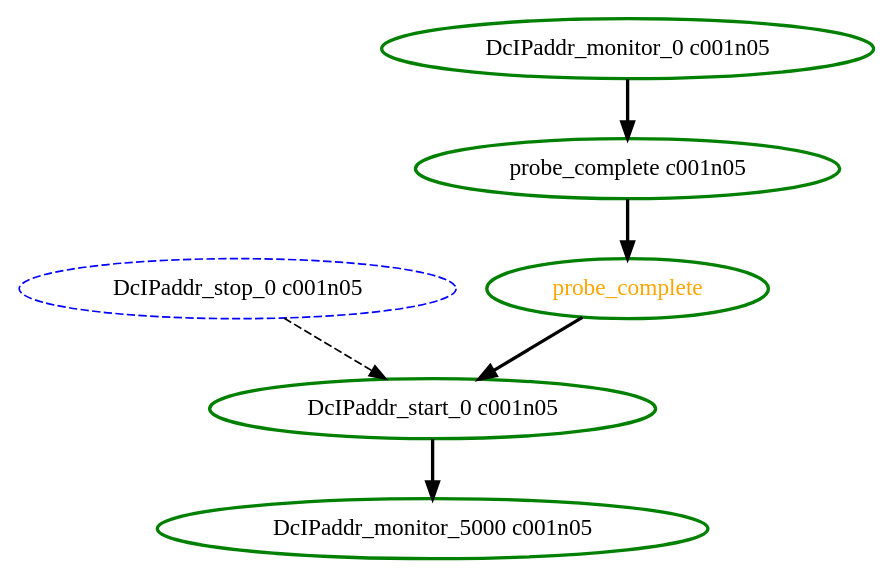
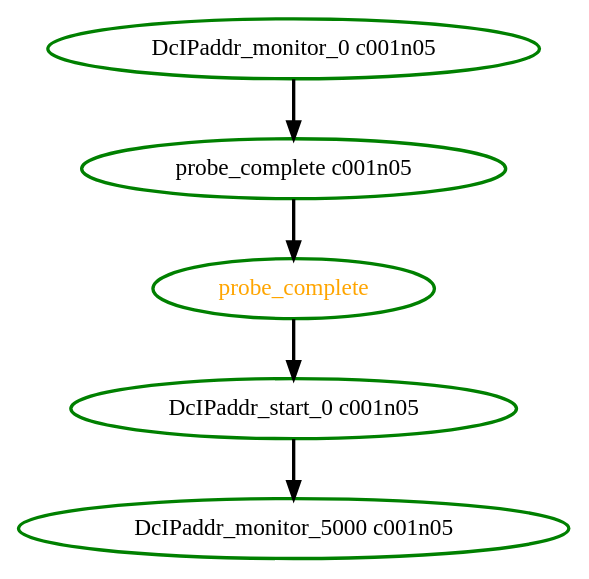
Before and after one commit to richiewen8/heartbeat: the diagram in crm/pengine/testcases/probe-1.dot, drawn with Graphviz. The commit also changed 100 other files, not shown here.

```diff
--- a/crm/pengine/testcases/probe-1.dot
+++ b/crm/pengine/testcases/probe-1.dot
@@ -1,14 +1,12 @@
 digraph "g" {
 	size = "30,30"
 "probe_complete" [ style=bold color="green" fontcolor="orange" ]
 "probe_complete c001n05" [ style=bold color="green" fontcolor="black" ]
 "DcIPaddr_monitor_0 c001n05" [ style=bold color="green" fontcolor="black" ]
-"DcIPaddr_stop_0 c001n05" [ style="dashed" color="blue" fontcolor="black" ]
 "DcIPaddr_start_0 c001n05" [ style=bold color="green" fontcolor="black" ]
 "DcIPaddr_monitor_5000 c001n05" [ style=bold color="green" fontcolor="black" ]
 "probe_complete c001n05" -> "probe_complete" [ style = bold]
 "DcIPaddr_monitor_0 c001n05" -> "probe_complete c001n05" [ style = bold]
 "probe_complete" -> "DcIPaddr_start_0 c001n05" [ style = bold]
-"DcIPaddr_stop_0 c001n05" -> "DcIPaddr_start_0 c001n05" [ style = dashed]
 "DcIPaddr_start_0 c001n05" -> "DcIPaddr_monitor_5000 c001n05" [ style = bold]
 }
```
